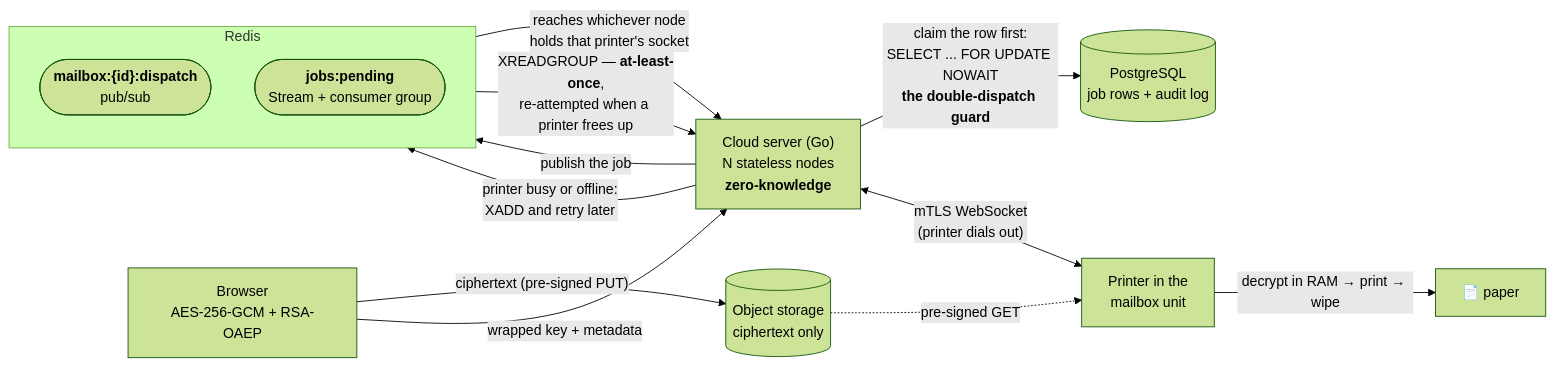
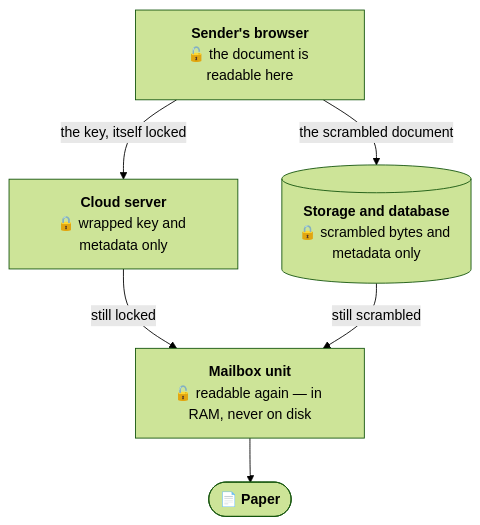
The first of 2 diagrams in README.md (ameerbohio/automail), drawn with Mermaid (forest theme) before and after one commit. The commit also changed other lines of this file and 37 other files, not shown here.

````diff
--- a/README.md
+++ b/README.md
@@ -17,26 +22,14 @@
 ```mermaid
-flowchart LR
-    B["Browser<br/>AES-256-GCM + RSA-OAEP"]
-    C["Cloud server (Go)<br/>N stateless nodes<br/><b>zero-knowledge</b>"]
-    S3[("Object storage<br/>ciphertext only")]
-    PG[("PostgreSQL<br/>job rows + audit log")]
-    P["Printer in the<br/>mailbox unit"]
-    PR["📄 paper"]
+flowchart TB
+    B["<b>Sender's browser</b><br/>🔓 the document is readable here"]
+    C["<b>Cloud server</b><br/>🔒 wrapped key and metadata only"]
+    S[("<b>Storage and database</b><br/>🔒 scrambled bytes and metadata only")]
+    M["<b>Mailbox unit</b><br/>🔓 readable again — in RAM, never on disk"]
+    P(["📄 <b>Paper</b>"])
 
-    subgraph R ["Redis"]
-        direction TB
-        PS(["<b>mailbox:{id}:dispatch</b><br/>pub/sub"])
-        ST(["<b>jobs:pending</b><br/>Stream + consumer group"])
-    end
-
-    B -->|"ciphertext (pre-signed PUT)"| S3
-    B -->|"wrapped key + metadata"| C
-    C -->|"claim the row first:<br/>SELECT ... FOR UPDATE NOWAIT<br/><b>the double-dispatch guard</b>"| PG
-    C -->|"publish the job"| PS
-    PS -->|"reaches whichever node<br/>holds that printer's socket"| C
-    C -->|"printer busy or offline:<br/>XADD and retry later"| ST
-    ST -->|"XREADGROUP — <b>at-least-once</b>,<br/>re-attempted when a printer frees up"| C
-    C <-->|"mTLS WebSocket<br/>(printer dials out)"| P
-    S3 -.->|"pre-signed GET"| P
-    P -->|"decrypt in RAM → print → wipe"| PR
+    B -->|"the scrambled document"| S
+    B -->|"the key, itself locked"| C
+    C -->|"still locked"| M
+    S -->|"still scrambled"| M
+    M --> P
 ```
````
